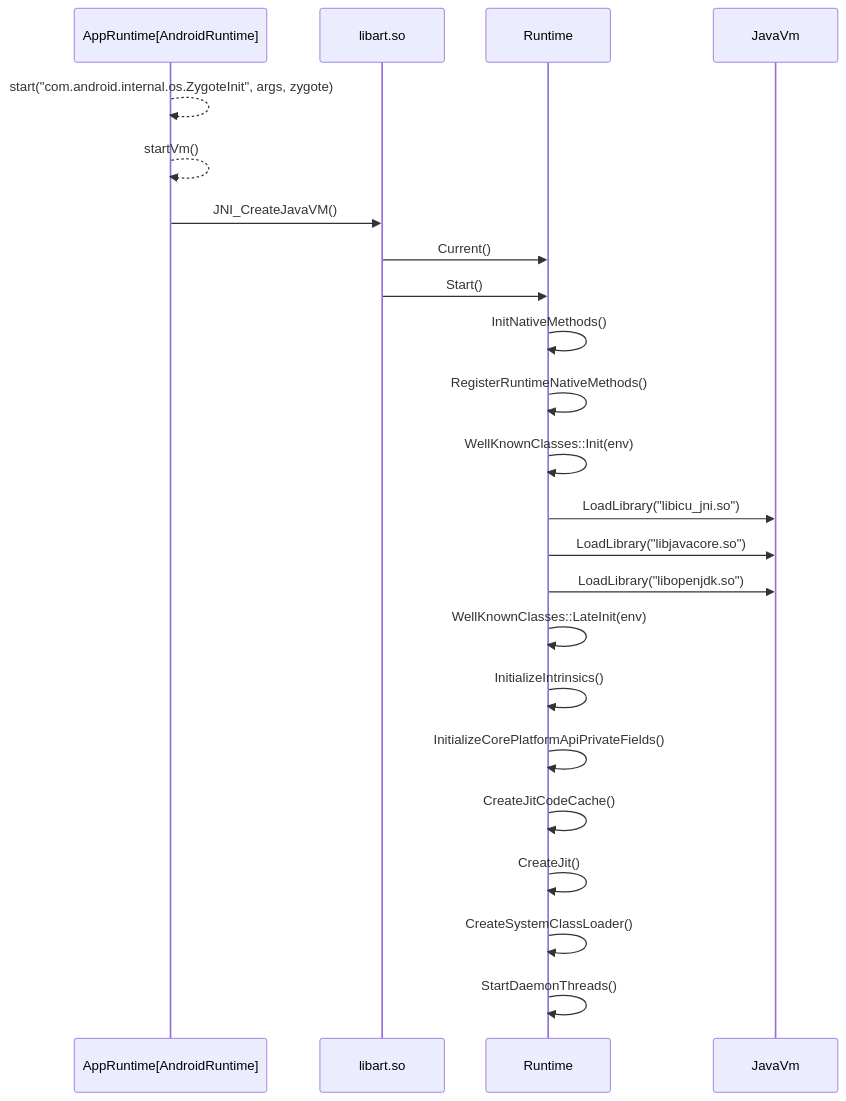
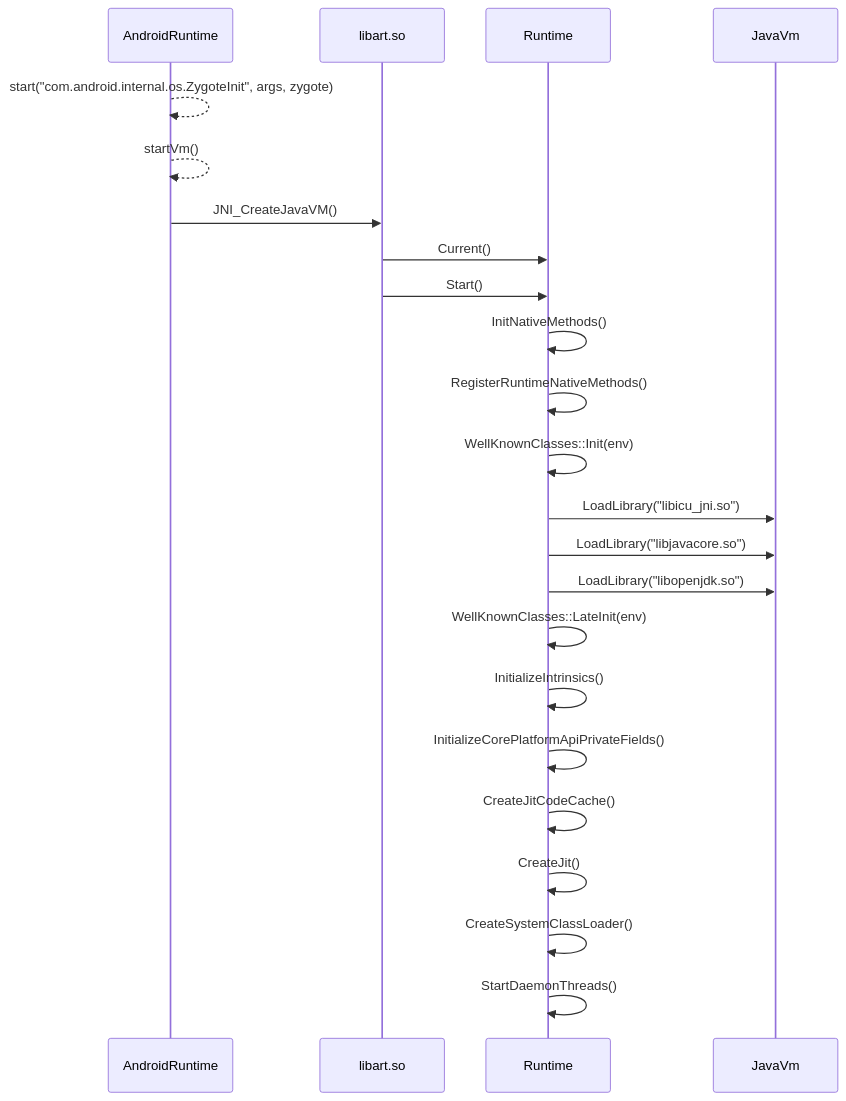
The diagram in _posts/2023-12-23-art启动流程.md (flybirdr/flybirdr.github.io), drawn with Mermaid before and after one commit. The commit also changed other lines of this file and 11 other files, not shown here.

````diff
--- a/_posts/2023-12-23-art启动流程.md
+++ b/_posts/2023-12-23-art启动流程.md
@@ -8,27 +7,27 @@
 ```mermaid
 sequenceDiagram
-participant app as AppRuntime[AndroidRuntime]
+participant app as AndroidRuntime
 participant art as libart.so
 participant rt as Runtime
 participant jvm as JavaVm
 
 app-->>app:start("com.android.internal.os.ZygoteInit", args, zygote)
 app-->>app:startVm()
 app->>art:JNI_CreateJavaVM()
 art->>rt:Current()
 art->>rt:Start()
 rt->>rt:InitNativeMethods()
 rt->>rt:RegisterRuntimeNativeMethods()
 rt->>rt:WellKnownClasses::Init(env);
 rt->>jvm:LoadLibrary("libicu_jni.so")
 rt->>jvm:LoadLibrary("libjavacore.so")
 rt->>jvm:LoadLibrary("libopenjdk.so")
 rt->>rt:WellKnownClasses::LateInit(env)
 rt->>rt:InitializeIntrinsics()
 rt->>rt:InitializeCorePlatformApiPrivateFields()
 rt->>rt:CreateJitCodeCache()
 rt->>rt:CreateJit()
 rt->>rt:CreateSystemClassLoader()
 rt->>rt:StartDaemonThreads()
 
 ```
````
